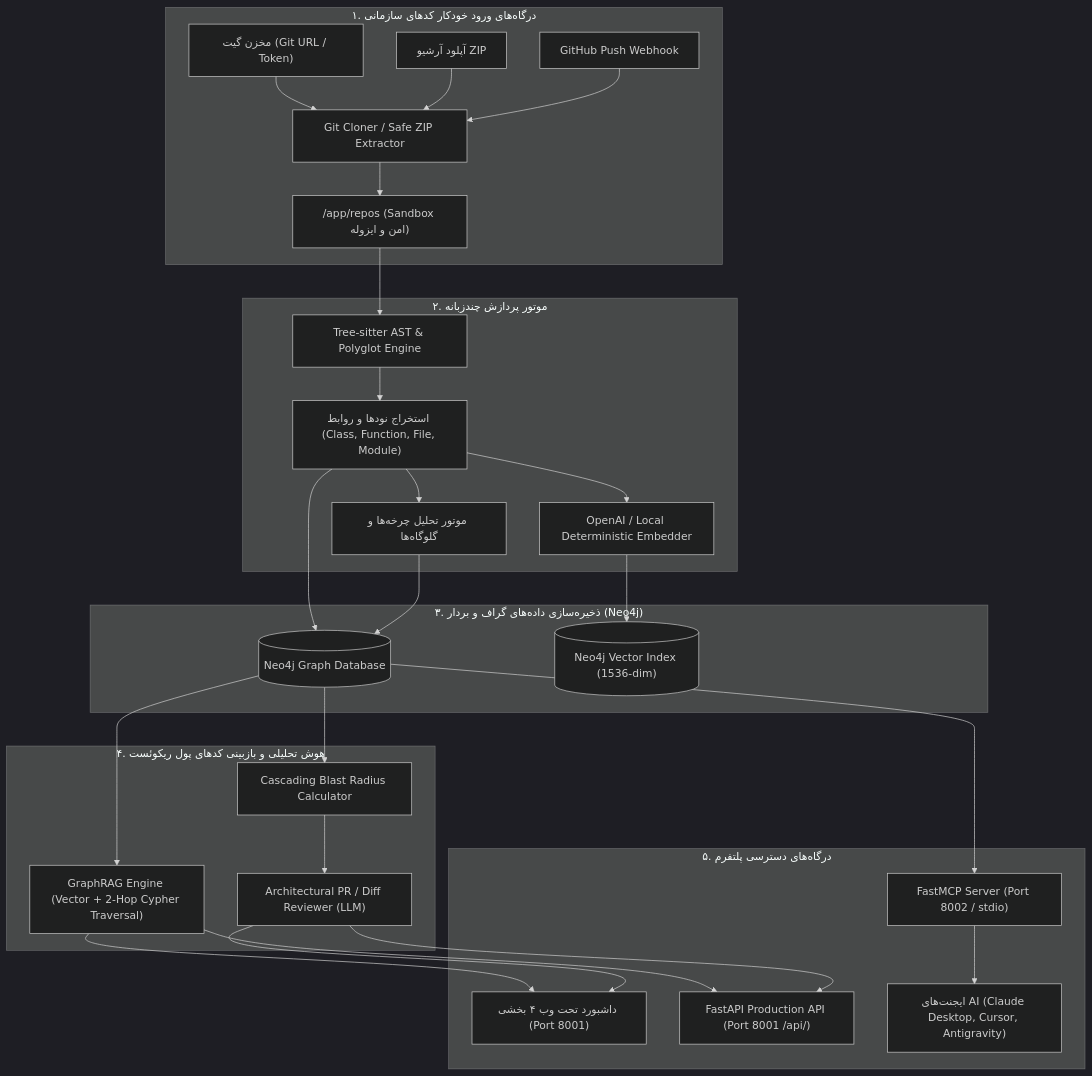
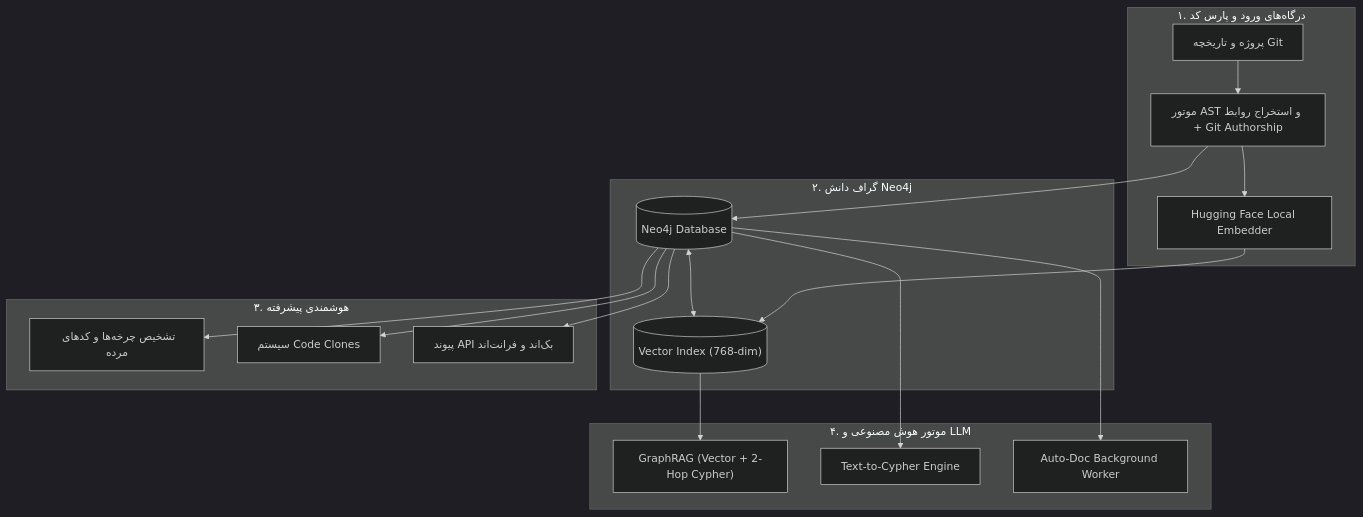
One commit to moayedinia/Preflight changed the diagram in README.md. Above: the diagram before and after it, drawn with Mermaid (dark theme). The commit also changed other lines of this file and 1 other file, not shown here.

````diff
--- a/README.md
+++ b/README.md
@@ -83,37 +72,25 @@
 ```mermaid
 flowchart TD
-    subgraph Ingestion ["۱. درگاه‌های ورود خودکار کدهای سازمانی"]
-        GitRepo["مخزن گیت (Git URL / Token)"] --> Cloner["Git Cloner / Safe ZIP Extractor"]
-        ZipUpload["آپلود آرشیو ZIP"] --> Cloner
-        GitHubWebhook["GitHub Push Webhook"] --> Cloner
-        Cloner --> Sandbox["/app/repos (Sandbox امن و ایزوله)"]
+    subgraph Ingestion ["۱. درگاه‌های ورود و پارس کد"]
+        Repo["پروژه و تاریخچه Git"] --> Scanner["موتور AST و استخراج روابط + Git Authorship"]
+        Scanner --> Embedder["Hugging Face Local Embedder"]
     end
 
-    subgraph Processing ["۲. موتور پردازش چندزبانه"]
-        Sandbox --> Parser["Tree-sitter AST & Polyglot Engine"]
-        Parser --> AST["استخراج نودها و روابط (Class, Function, File, Module)"]
-        AST --> Embedder["OpenAI / Local Deterministic Embedder"]
-        AST --> Analytics["موتور تحلیل چرخه‌ها و گلوگاه‌ها"]
+    subgraph Storage ["۲. گراف دانش Neo4j"]
+        Scanner --> Neo4j[("Neo4j Database")]
+        Embedder --> VectorIndex[("Vector Index (768-dim)")]
+        Neo4j <--> VectorIndex
     end
 
-    subgraph Storage ["۳. ذخیره‌سازی داده‌های گراف و بردار (Neo4j)"]
-        AST --> Neo4j[("Neo4j Graph Database")]
-        Embedder --> VectorIndex[("Neo4j Vector Index (1536-dim)")]
-        Analytics --> Neo4j
+    subgraph Analytics ["۳. هوشمندی پیشرفته"]
+        Neo4j --> Smells["تشخیص چرخه‌ها و کدهای مرده"]
+        Neo4j --> Clones["سیستم Code Clones"]
+        Neo4j --> CrossService["پیوند API بک‌اند و فرانت‌اند"]
     end
 
-    subgraph Intelligence ["۴. هوش تحلیلی و بازبینی کدهای پول ریکوئست"]
-        Neo4j --> GraphRAG["GraphRAG Engine (Vector + 2-Hop Cypher Traversal)"]
-        Neo4j --> BlastRadius["Cascading Blast Radius Calculator"]
-        BlastRadius --> Reviewer["Architectural PR / Diff Reviewer (LLM)"]
-    end
-
-    subgraph Interfaces ["۵. درگاه‌های دسترسی پلتفرم"]
-        GraphRAG --> WebUI["داشبورد تحت وب ۴ بخشی (Port 8001)"]
-        Reviewer --> WebUI
-        GraphRAG --> RestAPI["FastAPI Production API (Port 8001 /api/)"]
-        Reviewer --> RestAPI
-        Neo4j --> MCPServer["FastMCP Server (Port 8002 / stdio)"]
-        MCPServer --> AIAgents["ایجنت‌های AI (Claude Desktop, Cursor, Antigravity)"]
+    subgraph AI ["۴. موتور هوش مصنوعی و LLM"]
+        VectorIndex --> RAG["GraphRAG (Vector + 2-Hop Cypher)"]
+        Neo4j --> NL2Cypher["Text-to-Cypher Engine"]
+        Neo4j --> AutoDoc["Auto-Doc Background Worker"]
     end
 ```
````
